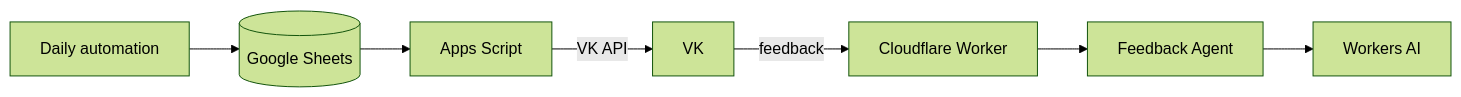
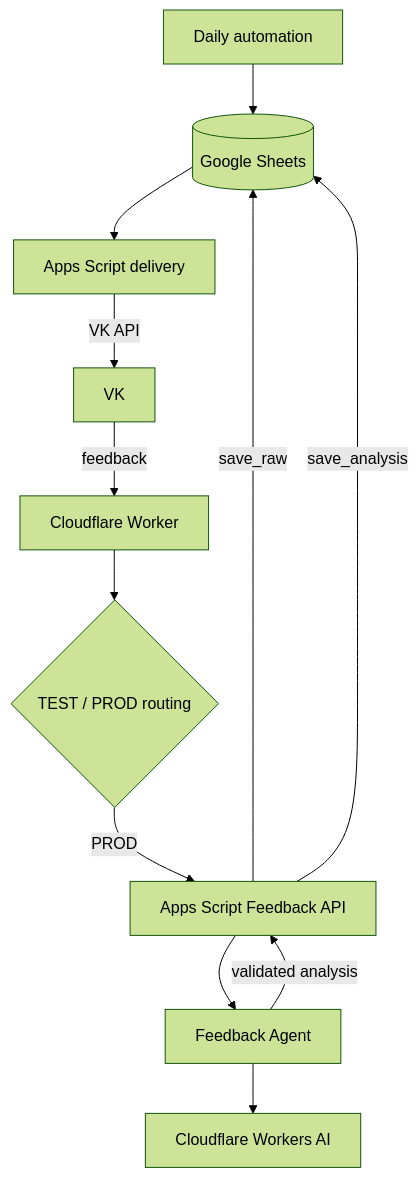
The first of 2 diagrams in README.md (LukshinVI/game-of-the-day), drawn with Mermaid (forest theme) before and after one commit. The commit also changed other lines of this file, not shown here.

Commit message:
docs: refresh README for production feedback loop

````diff
--- a/README.md
+++ b/README.md
@@ -38,9 +80,14 @@
 ```mermaid
-flowchart LR
+flowchart TD
     A[Daily automation] --> S[(Google Sheets)]
-    S --> G[Apps Script]
+    S --> G[Apps Script delivery]
     G -->|VK API| V[VK]
     V -->|feedback| W[Cloudflare Worker]
-    W --> F[Feedback Agent]
-    F --> AI[Workers AI]
+    W --> R{TEST / PROD routing}
+    R -->|PROD| API[Apps Script Feedback API]
+    API -->|save_raw| S
+    API --> F[Feedback Agent]
+    F --> AI[Cloudflare Workers AI]
+    F -->|validated analysis| API
+    API -->|save_analysis| S
 ```
````
